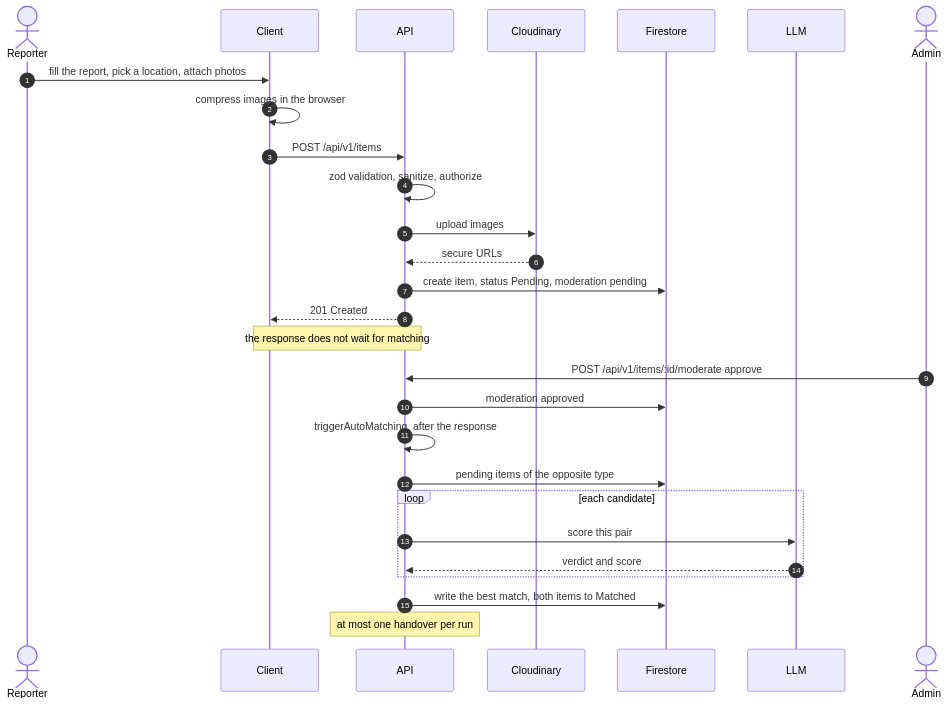
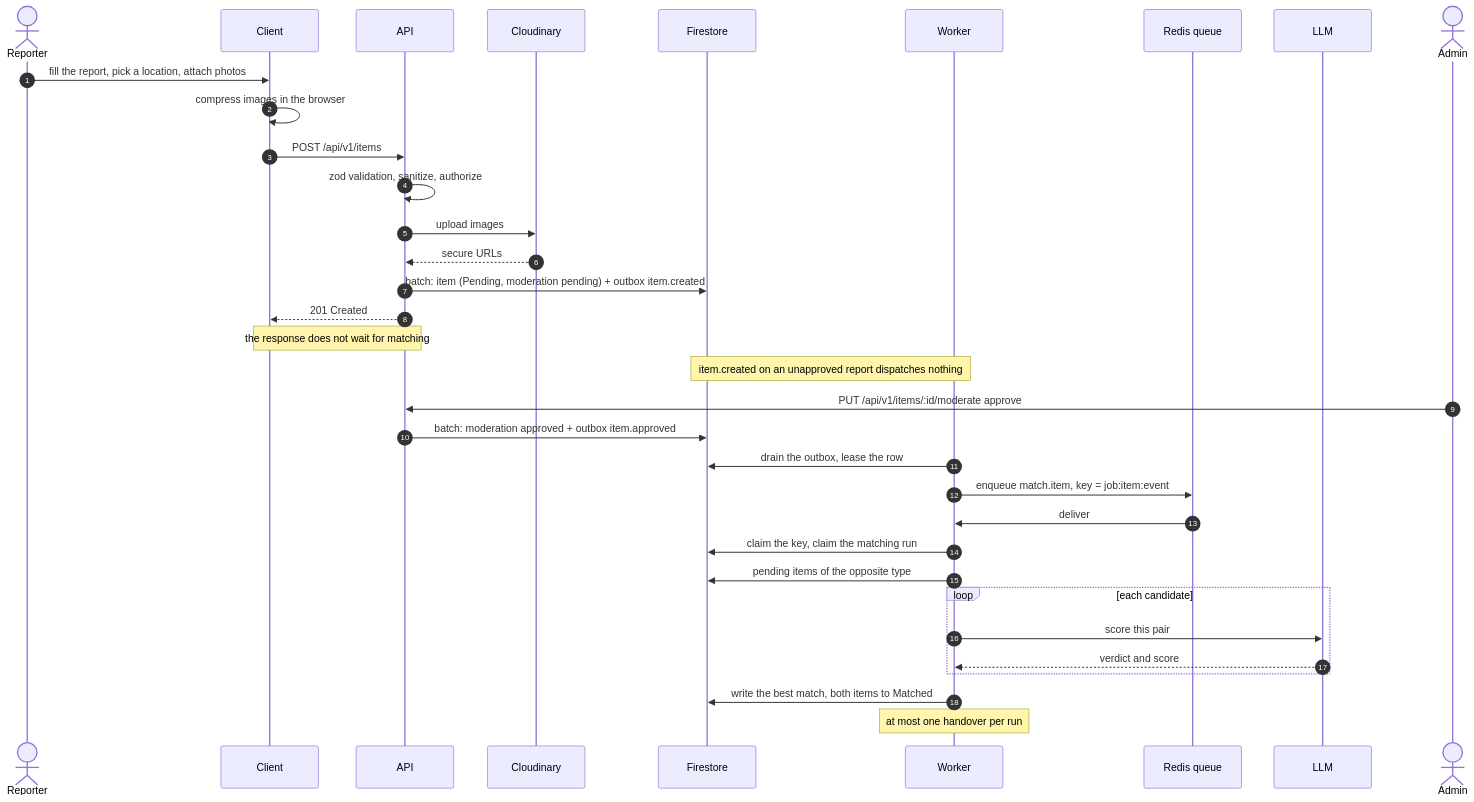
One commit to Vinay-R-S/ReClaim-AI changed the first of 4 diagrams in docs/architecture/sequences.md. Above: the diagram before and after it, drawn with Mermaid. The commit also changed other lines of this file and 47 other files, not shown here.

First line of the commit message:
feat: durable job queue, transactional outbox and tracing

````diff
--- a/docs/architecture/sequences.md
+++ b/docs/architecture/sequences.md
@@ -10,32 +11,38 @@
 ```mermaid
 sequenceDiagram
     autonumber
     actor R as Reporter
     participant C as Client
     participant A as API
     participant CL as Cloudinary
     participant F as Firestore
+    participant W as Worker
+    participant Q as Redis queue
     participant L as LLM
     actor AD as Admin
 
     R->>C: fill the report, pick a location, attach photos
     C->>C: compress images in the browser
     C->>A: POST /api/v1/items
     A->>A: zod validation, sanitize, authorize
     A->>CL: upload images
     CL-->>A: secure URLs
-    A->>F: create item, status Pending, moderation pending
+    A->>F: batch: item (Pending, moderation pending) + outbox item.created
     A-->>C: 201 Created
     Note over A,C: the response does not wait for matching
+    Note over W,F: item.created on an unapproved report dispatches nothing
 
-    AD->>A: POST /api/v1/items/:id/moderate approve
-    A->>F: moderation approved
-    A->>A: triggerAutoMatching, after the response
-    A->>F: pending items of the opposite type
+    AD->>A: PUT /api/v1/items/:id/moderate approve
+    A->>F: batch: moderation approved + outbox item.approved
+    W->>F: drain the outbox, lease the row
+    W->>Q: enqueue match.item, key = job:item:event
+    Q->>W: deliver
+    W->>F: claim the key, claim the matching run
+    W->>F: pending items of the opposite type
     loop each candidate
-        A->>L: score this pair
-        L-->>A: verdict and score
+        W->>L: score this pair
+        L-->>W: verdict and score
     end
-    A->>F: write the best match, both items to Matched
-    Note over A: at most one handover per run
+    W->>F: write the best match, both items to Matched
+    Note over W: at most one handover per run
 ```
````
